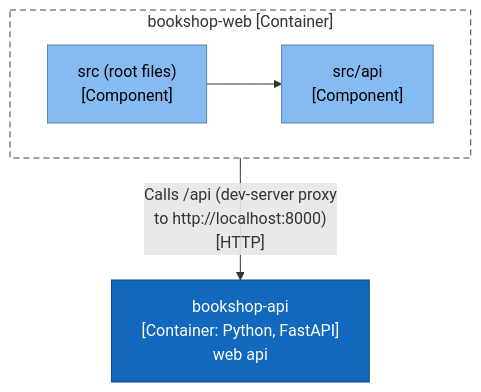
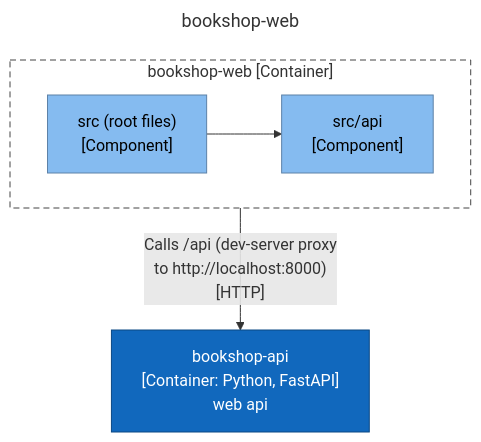
Before and after one commit to ythalorossy/architecture-skills: the third of 5 diagrams in tests/golden/bookshop/output/ArchitectureReport.md, drawn with Mermaid. The commit also changed other lines of this file and 56 other files, not shown here.

First line of the commit message:
feat(c4): title every diagram and add one Key to the report

````diff
--- a/tests/golden/bookshop/output/ArchitectureReport.md
+++ b/tests/golden/bookshop/output/ArchitectureReport.md
@@ -103,19 +122,22 @@
 ```mermaid
+---
+title: "bookshop-web"
+---
 flowchart TB
     subgraph boundary["bookshop-web [Container]"]
         web_src__files["src (root files)<br/>[Component]"]
         web_src_api["src/api<br/>[Component]"]
     end
     web_src__files --> web_src_api
     bookshop_api["bookshop-api<br/>[Container: Python, FastAPI]<br/>web api"]
     boundary -->|"Calls /api (dev-server proxy<br/>to http://localhost:8000)<br/>[HTTP]"| bookshop_api
     classDef person fill:#08427b,stroke:#052e56,color:#ffffff
     classDef container fill:#1168bd,stroke:#0b4884,color:#ffffff
     classDef system fill:#1168bd,stroke:#0b4884,color:#ffffff
     classDef component fill:#85bbf0,stroke:#5d82a8,color:#000000
     classDef external fill:#999999,stroke:#6b6b6b,color:#ffffff
     classDef shared fill:#dbe9f6,stroke:#5d82a8,color:#000000,stroke-dasharray:4 3
     class web_src__files,web_src_api component
     class bookshop_api container
     style boundary fill:none,stroke:#444444,stroke-dasharray:6 4
 ```
````
